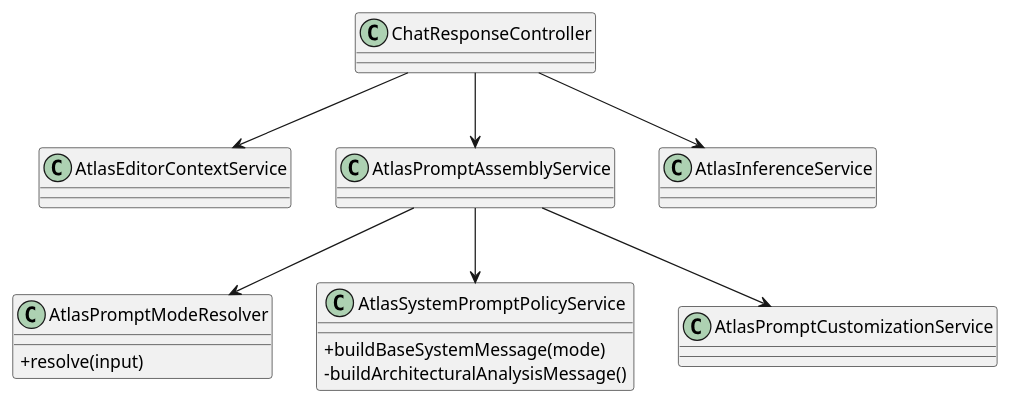
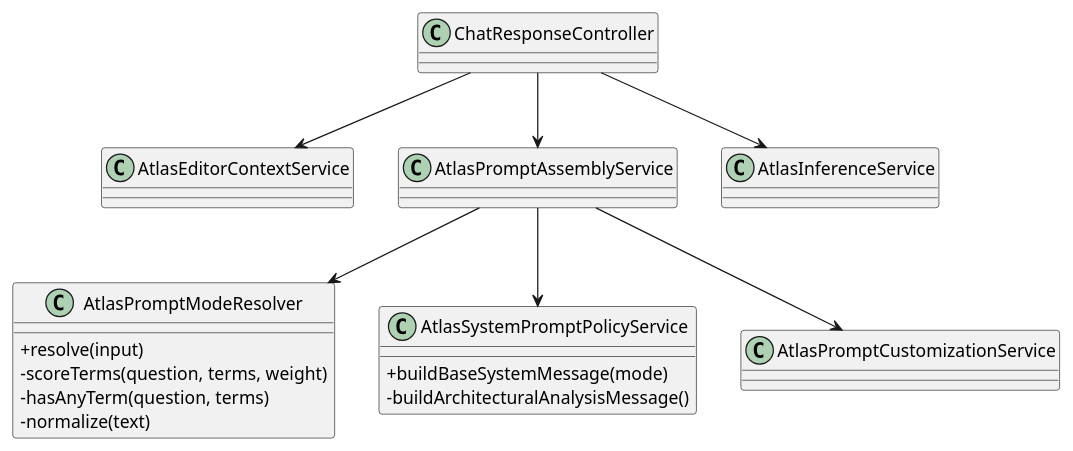
Before and after one commit to JVictorVI/ATLAS: the fifth of 38 diagrams in docs/plantuml-diagramas-por-caso-de-uso-atlas.md, drawn with PlantUML. The commit also changed other lines of this file and 2 other files, not shown here.

````diff
--- a/docs/plantuml-diagramas-por-caso-de-uso-atlas.md
+++ b/docs/plantuml-diagramas-por-caso-de-uso-atlas.md
@@ -160,26 +192,29 @@
 ```plantuml
 @startuml
 skinparam shadowing false
 skinparam classAttributeIconSize 0
 
 class ChatResponseController
 class AtlasEditorContextService
 class AtlasPromptAssemblyService
 class AtlasPromptModeResolver {
   +resolve(input)
+  -scoreTerms(question, terms, weight)
+  -hasAnyTerm(question, terms)
+  -normalize(text)
 }
 class AtlasSystemPromptPolicyService {
   +buildBaseSystemMessage(mode)
   -buildArchitecturalAnalysisMessage()
 }
 class AtlasPromptCustomizationService
 class AtlasInferenceService
 
 ChatResponseController --> AtlasEditorContextService
 ChatResponseController --> AtlasPromptAssemblyService
 ChatResponseController --> AtlasInferenceService
 AtlasPromptAssemblyService --> AtlasPromptModeResolver
 AtlasPromptAssemblyService --> AtlasSystemPromptPolicyService
 AtlasPromptAssemblyService --> AtlasPromptCustomizationService
 @enduml
 ```
````
